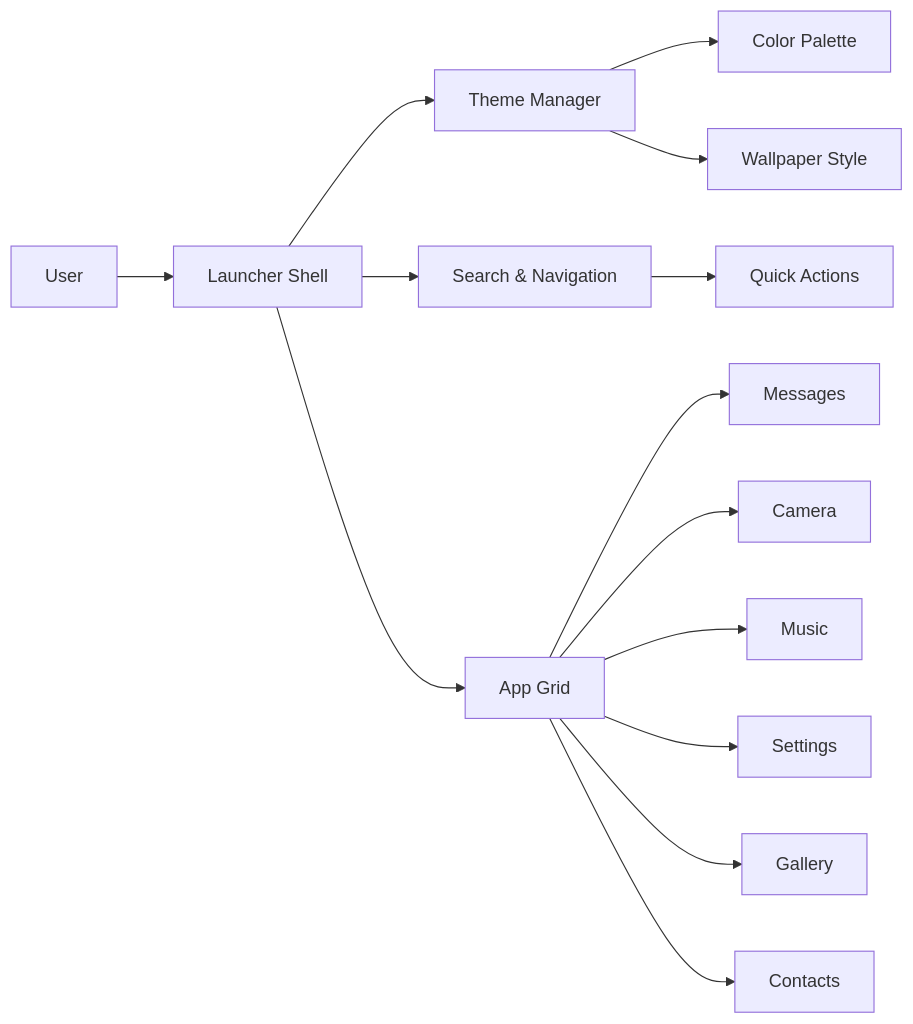
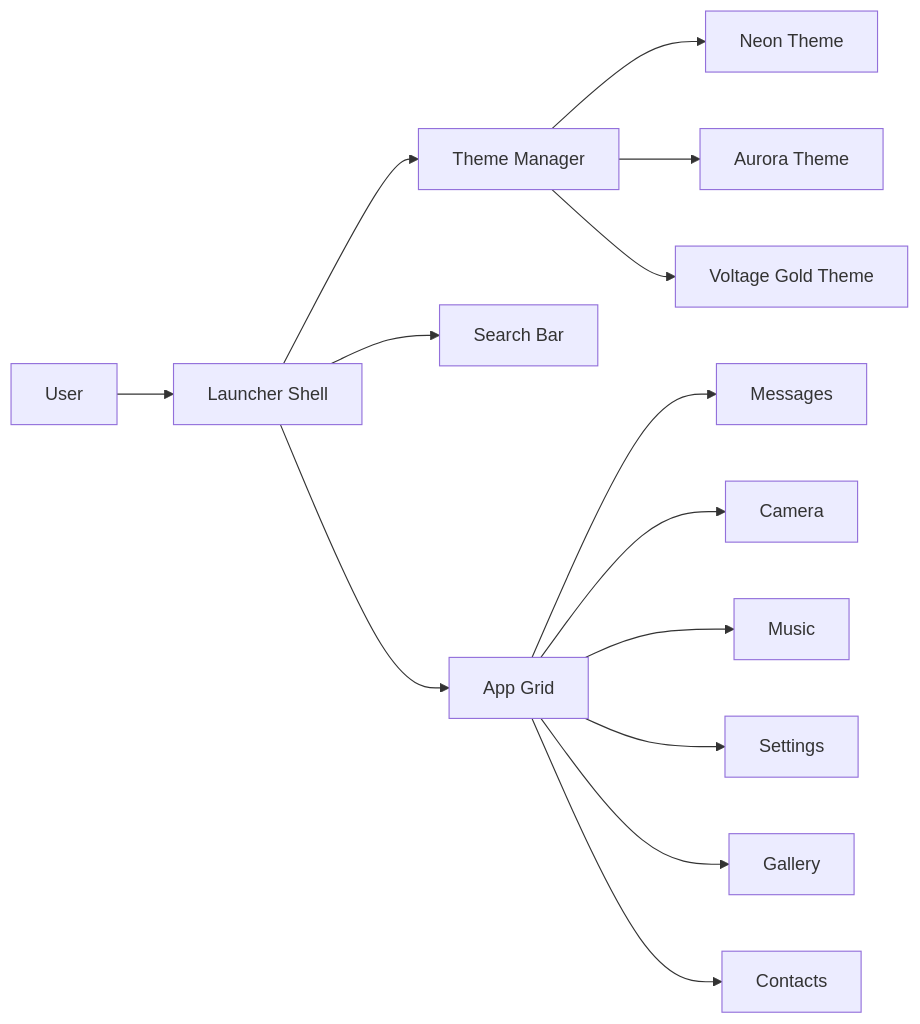
One commit to kelvinngene847-hub/virusi-mbaya-launcher changed the diagram in README.md. Above: the diagram before and after it, drawn with Mermaid. The commit also changed other lines of this file and 4 other files, not shown here.

````diff
--- a/README.md
+++ b/README.md
@@ -7,16 +7,16 @@
 ```mermaid
 flowchart LR
     A[User] --> B[Launcher Shell]
     B --> C[Theme Manager]
-    B --> D[Search & Navigation]
+    B --> D[Search Bar]
     B --> E[App Grid]
-    C --> F[Color Palette]
-    C --> G[Wallpaper Style]
-    D --> H[Quick Actions]
+    C --> F[Neon Theme]
+    C --> G[Aurora Theme]
+    C --> H[Voltage Gold Theme]
     E --> I[Messages]
     E --> J[Camera]
     E --> K[Music]
     E --> L[Settings]
     E --> M[Gallery]
     E --> N[Contacts]
 ```
````
